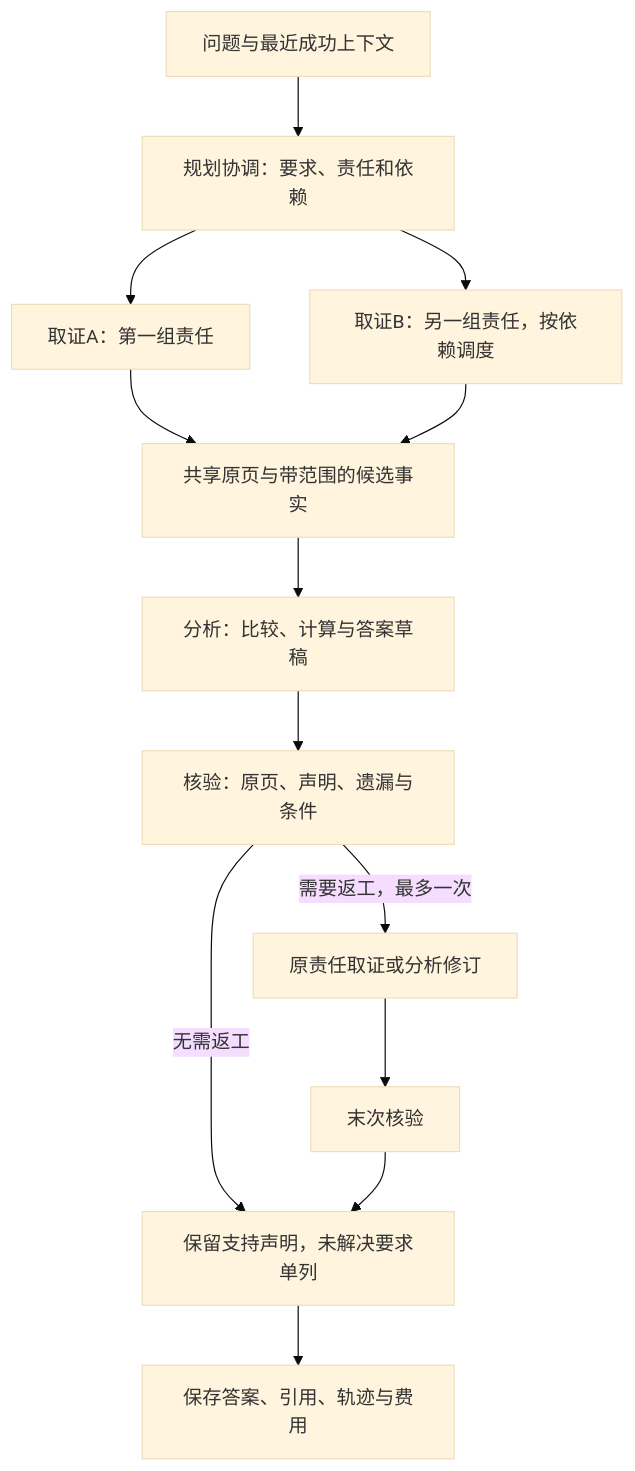
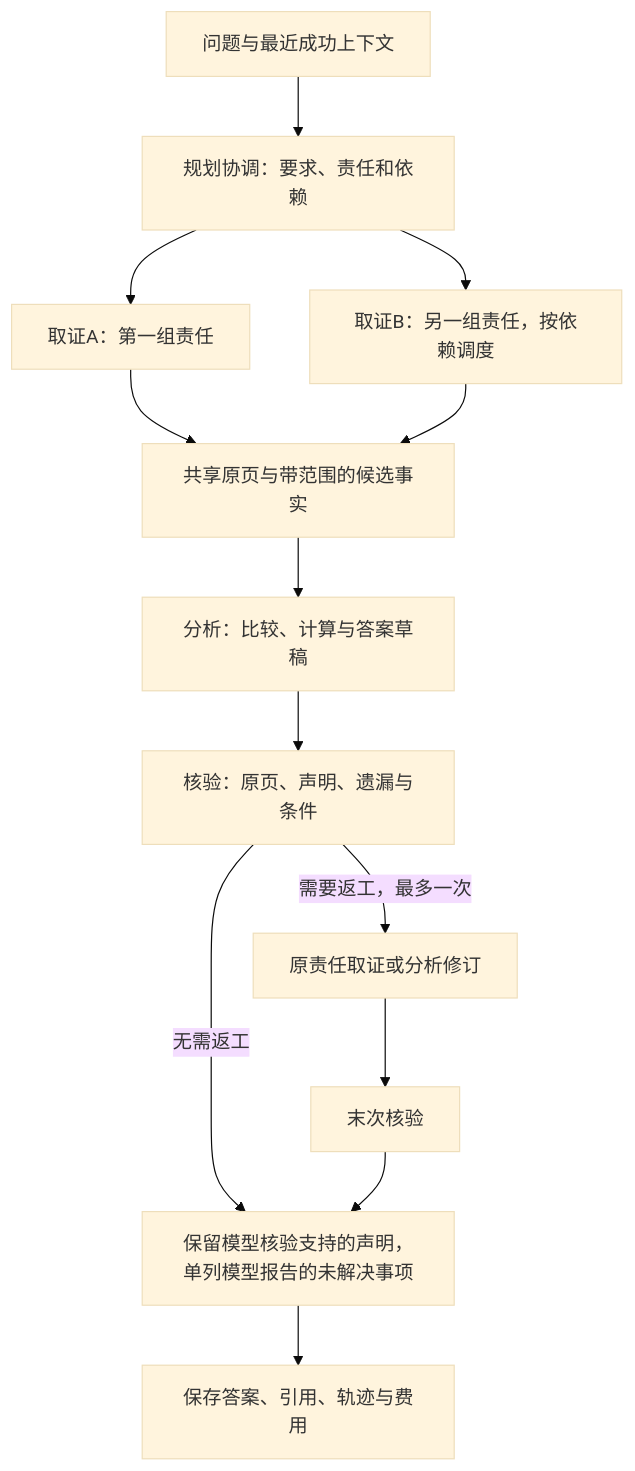
The diagram in README.zh-CN.md (linlin-is-me/FolioRecall), drawn with Mermaid (base theme) before and after one commit. The commit also changed other lines of this file and 11 other files, not shown here.

````diff
--- a/README.zh-CN.md
+++ b/README.zh-CN.md
@@ -39,15 +39,15 @@
 ```mermaid
 flowchart TD
     Q[问题与最近成功上下文] --> P[规划协调：要求、责任和依赖]
     P --> E1[取证A：第一组责任]
     P --> E2[取证B：另一组责任，按依赖调度]
     E1 --> S[共享原页与带范围的候选事实]
     E2 --> S
     S --> A[分析：比较、计算与答案草稿]
     A --> V[核验：原页、声明、遗漏与条件]
     V -->|需要返工，最多一次| R[原责任取证或分析修订]
     R --> V2[末次核验]
-    V -->|无需返工| F[保留支持声明，未解决要求单列]
+    V -->|无需返工| F[保留模型核验支持的声明，单列模型报告的未解决事项]
     V2 --> F
     F --> J[保存答案、引用、轨迹与费用]
 ```
````
